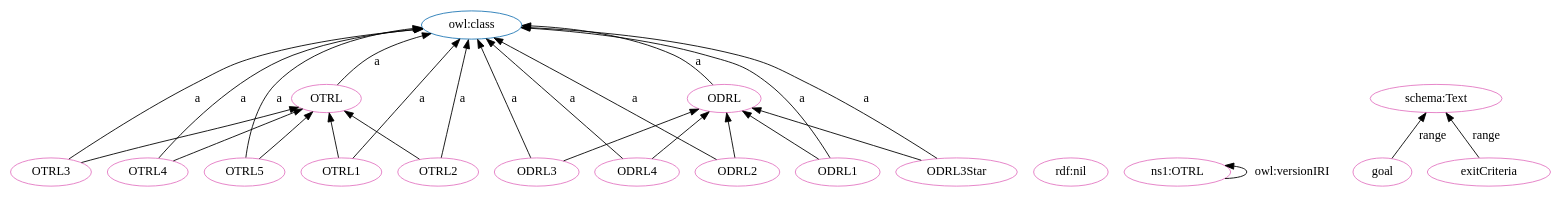
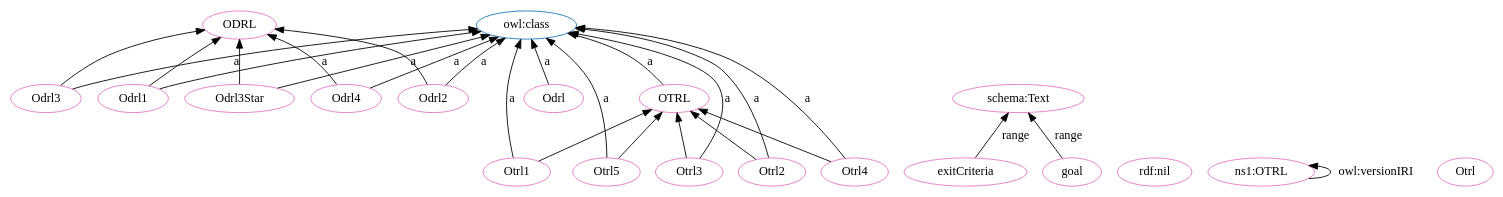
The diagram in OTRL-clean.dot (OPEN-NEXT/OKH-LOSH), drawn with Graphviz before and after one commit. The commit also changed 17 other files, not shown here.

```diff
--- a/OTRL-clean.dot
+++ b/OTRL-clean.dot
@@ -1,49 +1,51 @@
 digraph G {
   rankdir=BT
   node[height=.3]
+"http://purl.org/oseg/ontologies/OTRL#ODRL" [fillcolor="#1f77b4" color="#1f77b4" label="ODRL"]
 "http://www.w3.org/2002/07/owl#class" [fillcolor="#1f77b4" color="#1f77b4" label="owl:class"]
 "http://purl.org/oseg/ontologies/OTRL#OTRL" [fillcolor="#1f77b4" color="#1f77b4" label="OTRL"]
-"http://purl.org/oseg/ontologies/OTRL#ODRL" [fillcolor="#1f77b4" color="#1f77b4" label="ODRL"]
+"http://purl.org/oseg/ontologies/OTRL#Odrl" [fillcolor="#e377c2" color="#e377c2" label="Odrl"]
+"http://purl.org/oseg/ontologies/OTRL#exitCriteria" [fillcolor="#e377c2" color="#e377c2" label="exitCriteria"]
+"http://www.w3.org/1999/02/22-rdf-syntax-ns#nil" [fillcolor="#e377c2" color="#e377c2" label="rdf:nil"]
 "http://purl.org/oseg/ontologies/OTRL#OTRL" [fillcolor="#e377c2" color="#e377c2" label="OTRL"]
+"http://purl.org/oseg/ontologies/OTRL" [fillcolor="#e377c2" color="#e377c2" label="ns1:OTRL"]
+"http://purl.org/oseg/ontologies/OTRL#Otrl1" [fillcolor="#e377c2" color="#e377c2" label="Otrl1"]
+"http://purl.org/oseg/ontologies/OTRL#Otrl5" [fillcolor="#e377c2" color="#e377c2" label="Otrl5"]
+"http://purl.org/oseg/ontologies/OTRL#Otrl3" [fillcolor="#e377c2" color="#e377c2" label="Otrl3"]
+"http://purl.org/oseg/ontologies/OTRL#Odrl3" [fillcolor="#e377c2" color="#e377c2" label="Odrl3"]
+"http://purl.org/oseg/ontologies/OTRL#Otrl" [fillcolor="#e377c2" color="#e377c2" label="Otrl"]
 "http://purl.org/oseg/ontologies/OTRL#ODRL" [fillcolor="#e377c2" color="#e377c2" label="ODRL"]
-"http://purl.org/oseg/ontologies/OTRL#OTRL4" [fillcolor="#e377c2" color="#e377c2" label="OTRL4"]
-"http://www.w3.org/1999/02/22-rdf-syntax-ns#nil" [fillcolor="#e377c2" color="#e377c2" label="rdf:nil"]
-"http://purl.org/oseg/ontologies/OTRL#ODRL4" [fillcolor="#e377c2" color="#e377c2" label="ODRL4"]
-"http://purl.org/oseg/ontologies/OTRL" [fillcolor="#e377c2" color="#e377c2" label="ns1:OTRL"]
-"http://purl.org/oseg/ontologies/OTRL#ODRL3" [fillcolor="#e377c2" color="#e377c2" label="ODRL3"]
+"http://purl.org/oseg/ontologies/OTRL#Odrl1" [fillcolor="#e377c2" color="#e377c2" label="Odrl1"]
+"http://purl.org/oseg/ontologies/OTRL#Odrl3Star" [fillcolor="#e377c2" color="#e377c2" label="Odrl3Star"]
 "http://purl.org/oseg/ontologies/OTRL#goal" [fillcolor="#e377c2" color="#e377c2" label="goal"]
-"http://purl.org/oseg/ontologies/OTRL#OTRL3" [fillcolor="#e377c2" color="#e377c2" label="OTRL3"]
-"http://purl.org/oseg/ontologies/OTRL#ODRL2" [fillcolor="#e377c2" color="#e377c2" label="ODRL2"]
-"http://purl.org/oseg/ontologies/OTRL#ODRL3Star" [fillcolor="#e377c2" color="#e377c2" label="ODRL3Star"]
-"http://purl.org/oseg/ontologies/OTRL#exitCriteria" [fillcolor="#e377c2" color="#e377c2" label="exitCriteria"]
-"http://purl.org/oseg/ontologies/OTRL#OTRL5" [fillcolor="#e377c2" color="#e377c2" label="OTRL5"]
+"http://purl.org/oseg/ontologies/OTRL#Otrl2" [fillcolor="#e377c2" color="#e377c2" label="Otrl2"]
+"http://purl.org/oseg/ontologies/OTRL#Odrl4" [fillcolor="#e377c2" color="#e377c2" label="Odrl4"]
+"http://purl.org/oseg/ontologies/OTRL#Odrl2" [fillcolor="#e377c2" color="#e377c2" label="Odrl2"]
+"http://purl.org/oseg/ontologies/OTRL#Otrl4" [fillcolor="#e377c2" color="#e377c2" label="Otrl4"]
 "http://schema.org/Text" [fillcolor="#e377c2" color="#e377c2" label="schema:Text"]
-"http://purl.org/oseg/ontologies/OTRL#OTRL2" [fillcolor="#e377c2" color="#e377c2" label="OTRL2"]
-"http://purl.org/oseg/ontologies/OTRL#ODRL1" [fillcolor="#e377c2" color="#e377c2" label="ODRL1"]
-"http://purl.org/oseg/ontologies/OTRL#OTRL1" [fillcolor="#e377c2" color="#e377c2" label="OTRL1"]
-  "http://purl.org/oseg/ontologies/OTRL#OTRL3" -> "http://purl.org/oseg/ontologies/OTRL#OTRL" [label=""]
-  "http://purl.org/oseg/ontologies/OTRL#OTRL4" -> "http://purl.org/oseg/ontologies/OTRL#OTRL" [label=""]
-  "http://purl.org/oseg/ontologies/OTRL#OTRL4" -> "http://www.w3.org/2002/07/owl#class" [label="a"]
-  "http://purl.org/oseg/ontologies/OTRL#ODRL3" -> "http://www.w3.org/2002/07/owl#class" [label="a"]
-  "http://purl.org/oseg/ontologies/OTRL#ODRL4" -> "http://purl.org/oseg/ontologies/OTRL#ODRL" [label=""]
-  "http://purl.org/oseg/ontologies/OTRL#ODRL3Star" -> "http://www.w3.org/2002/07/owl#class" [label="a"]
+  "http://purl.org/oseg/ontologies/OTRL#Otrl2" -> "http://purl.org/oseg/ontologies/OTRL#OTRL" [label=""]
+  "http://purl.org/oseg/ontologies/OTRL" -> "http://purl.org/oseg/ontologies/OTRL" [label="owl:versionIRI"]
+  "http://purl.org/oseg/ontologies/OTRL#Odrl3" -> "http://www.w3.org/2002/07/owl#class" [label="a"]
+  "http://purl.org/oseg/ontologies/OTRL#Odrl1" -> "http://purl.org/oseg/ontologies/OTRL#ODRL" [label=""]
   "http://purl.org/oseg/ontologies/OTRL#OTRL" -> "http://www.w3.org/2002/07/owl#class" [label="a"]
-  "http://purl.org/oseg/ontologies/OTRL#ODRL2" -> "http://purl.org/oseg/ontologies/OTRL#ODRL" [label=""]
-  "http://purl.org/oseg/ontologies/OTRL#OTRL5" -> "http://purl.org/oseg/ontologies/OTRL#OTRL" [label=""]
-  "http://purl.org/oseg/ontologies/OTRL#ODRL" -> "http://www.w3.org/2002/07/owl#class" [label="a"]
-  "http://purl.org/oseg/ontologies/OTRL#OTRL2" -> "http://www.w3.org/2002/07/owl#class" [label="a"]
-  "http://purl.org/oseg/ontologies/OTRL#OTRL1" -> "http://www.w3.org/2002/07/owl#class" [label="a"]
+  "http://purl.org/oseg/ontologies/OTRL#Odrl4" -> "http://purl.org/oseg/ontologies/OTRL#ODRL" [label=""]
+  "http://purl.org/oseg/ontologies/OTRL#Otrl2" -> "http://www.w3.org/2002/07/owl#class" [label="a"]
+  "http://purl.org/oseg/ontologies/OTRL#Odrl2" -> "http://purl.org/oseg/ontologies/OTRL#ODRL" [label=""]
+  "http://purl.org/oseg/ontologies/OTRL#Odrl2" -> "http://www.w3.org/2002/07/owl#class" [label="a"]
+  "http://purl.org/oseg/ontologies/OTRL#Odrl" -> "http://www.w3.org/2002/07/owl#class" [label="a"]
+  "http://purl.org/oseg/ontologies/OTRL#Otrl5" -> "http://www.w3.org/2002/07/owl#class" [label="a"]
+  "http://purl.org/oseg/ontologies/OTRL#Otrl1" -> "http://www.w3.org/2002/07/owl#class" [label="a"]
+  "http://purl.org/oseg/ontologies/OTRL#Otrl3" -> "http://www.w3.org/2002/07/owl#class" [label="a"]
+  "http://purl.org/oseg/ontologies/OTRL#Otrl5" -> "http://purl.org/oseg/ontologies/OTRL#OTRL" [label=""]
+  "http://purl.org/oseg/ontologies/OTRL#Otrl3" -> "http://purl.org/oseg/ontologies/OTRL#OTRL" [label=""]
+  "http://purl.org/oseg/ontologies/OTRL#Odrl3Star" -> "http://purl.org/oseg/ontologies/OTRL#ODRL" [label=""]
+  "http://purl.org/oseg/ontologies/OTRL#Otrl4" -> "http://purl.org/oseg/ontologies/OTRL#OTRL" [label=""]
+  "http://purl.org/oseg/ontologies/OTRL#Odrl1" -> "http://www.w3.org/2002/07/owl#class" [label="a"]
+  "http://purl.org/oseg/ontologies/OTRL#Odrl3Star" -> "http://www.w3.org/2002/07/owl#class" [label="a"]
+  "http://purl.org/oseg/ontologies/OTRL#Odrl3" -> "http://purl.org/oseg/ontologies/OTRL#ODRL" [label=""]
+  "http://purl.org/oseg/ontologies/OTRL#Otrl1" -> "http://purl.org/oseg/ontologies/OTRL#OTRL" [label=""]
+  "http://purl.org/oseg/ontologies/OTRL#Odrl4" -> "http://www.w3.org/2002/07/owl#class" [label="a"]
+  "http://purl.org/oseg/ontologies/OTRL#Otrl4" -> "http://www.w3.org/2002/07/owl#class" [label="a"]
   "http://purl.org/oseg/ontologies/OTRL#goal" -> "http://schema.org/Text" [label="range"]
-  "http://purl.org/oseg/ontologies/OTRL#ODRL3" -> "http://purl.org/oseg/ontologies/OTRL#ODRL" [label=""]
-  "http://purl.org/oseg/ontologies/OTRL#ODRL4" -> "http://www.w3.org/2002/07/owl#class" [label="a"]
-  "http://purl.org/oseg/ontologies/OTRL#ODRL1" -> "http://purl.org/oseg/ontologies/OTRL#ODRL" [label=""]
-  "http://purl.org/oseg/ontologies/OTRL#OTRL3" -> "http://www.w3.org/2002/07/owl#class" [label="a"]
-  "http://purl.org/oseg/ontologies/OTRL#ODRL2" -> "http://www.w3.org/2002/07/owl#class" [label="a"]
-  "http://purl.org/oseg/ontologies/OTRL#OTRL1" -> "http://purl.org/oseg/ontologies/OTRL#OTRL" [label=""]
-  "http://purl.org/oseg/ontologies/OTRL" -> "http://purl.org/oseg/ontologies/OTRL" [label="owl:versionIRI"]
-  "http://purl.org/oseg/ontologies/OTRL#OTRL5" -> "http://www.w3.org/2002/07/owl#class" [label="a"]
-  "http://purl.org/oseg/ontologies/OTRL#ODRL3Star" -> "http://purl.org/oseg/ontologies/OTRL#ODRL" [label=""]
   "http://purl.org/oseg/ontologies/OTRL#exitCriteria" -> "http://schema.org/Text" [label="range"]
-  "http://purl.org/oseg/ontologies/OTRL#ODRL1" -> "http://www.w3.org/2002/07/owl#class" [label="a"]
-  "http://purl.org/oseg/ontologies/OTRL#OTRL2" -> "http://purl.org/oseg/ontologies/OTRL#OTRL" [label=""]
 }
```
